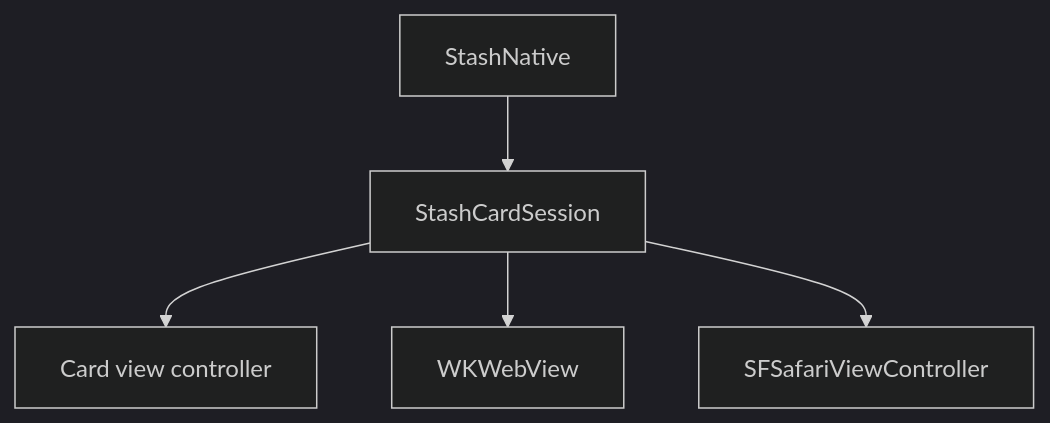
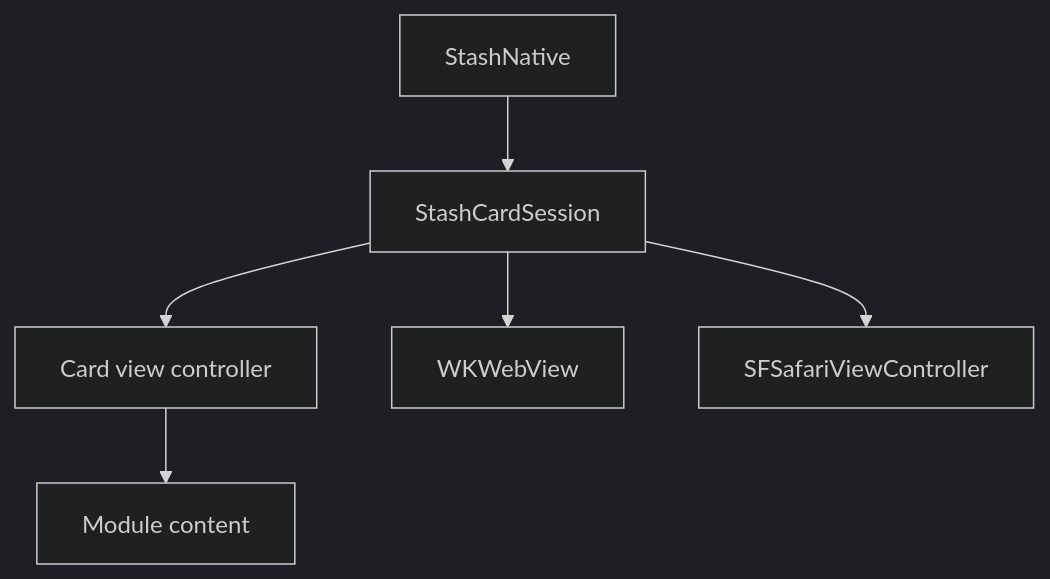
Before and after one commit to stashgg/stash-native: the diagram in docs/architecture/ios.md, drawn with Mermaid (dark theme). The commit also changed other lines of this file and 30 other files, not shown here.

````diff
--- a/docs/architecture/ios.md
+++ b/docs/architecture/ios.md
@@ -14,7 +14,8 @@
 ```mermaid
 flowchart TB
     Facade[StashNative] --> Session[StashCardSession]
     Session --> Card[Card view controller]
     Session --> Web[WKWebView]
     Session --> Safari[SFSafariViewController]
+    Card --> Module[Module content]
 ```
````
